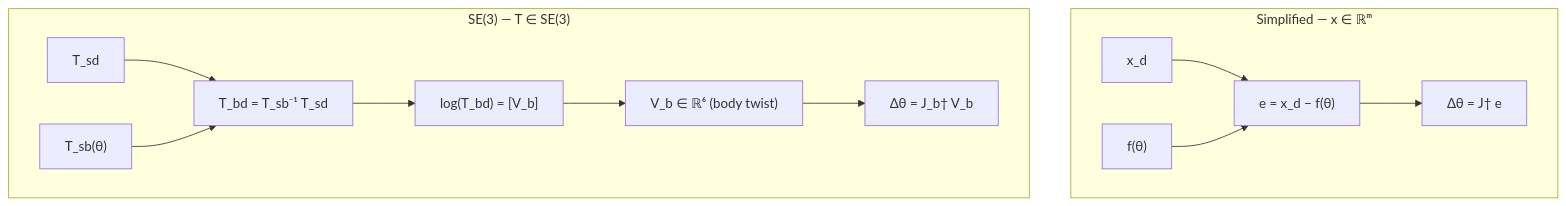
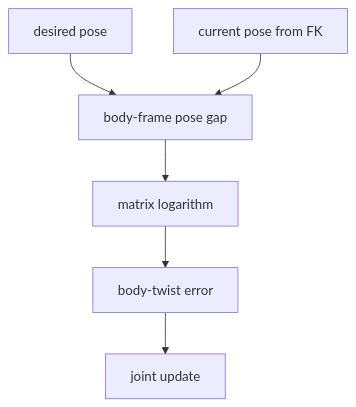
Before and after one commit to haymanmk/EmbodiedAILab: the second of 2 diagrams in wiki/concepts/Numerical Inverse Kinematics.md, drawn with Mermaid. The commit also changed other lines of this file and 4 other files, not shown here.

````diff
--- a/wiki/concepts/Numerical Inverse Kinematics.md
+++ b/wiki/concepts/Numerical Inverse Kinematics.md
@@ -115,15 +128,8 @@
 ```mermaid
 flowchart TB
-    subgraph S["Simplified — x ∈ ℝᵐ"]
-        A1["x_d"] --> E1["e = x_d − f(θ)"]
-        F1["f(θ)"] --> E1
-        E1 --> U1["Δθ = J† e"]
-    end
-    subgraph SE3["SE(3) — T ∈ SE(3)"]
-        A2["T_sd"] --> D2["T_bd = T_sb⁻¹ T_sd"]
-        F2["T_sb(θ)"] --> D2
-        D2 --> L2["log(T_bd) = [V_b]"]
-        L2 --> V2["V_b ∈ ℝ⁶ (body twist)"]
-        V2 --> U2["Δθ = J_b† V_b"]
-    end
+    A2["desired pose"] --> D2["body-frame pose gap"]
+    F2["current pose from FK"] --> D2
+    D2 --> L2["matrix logarithm"]
+    L2 --> V2["body-twist error"]
+    V2 --> U2["joint update"]
 ```
````
